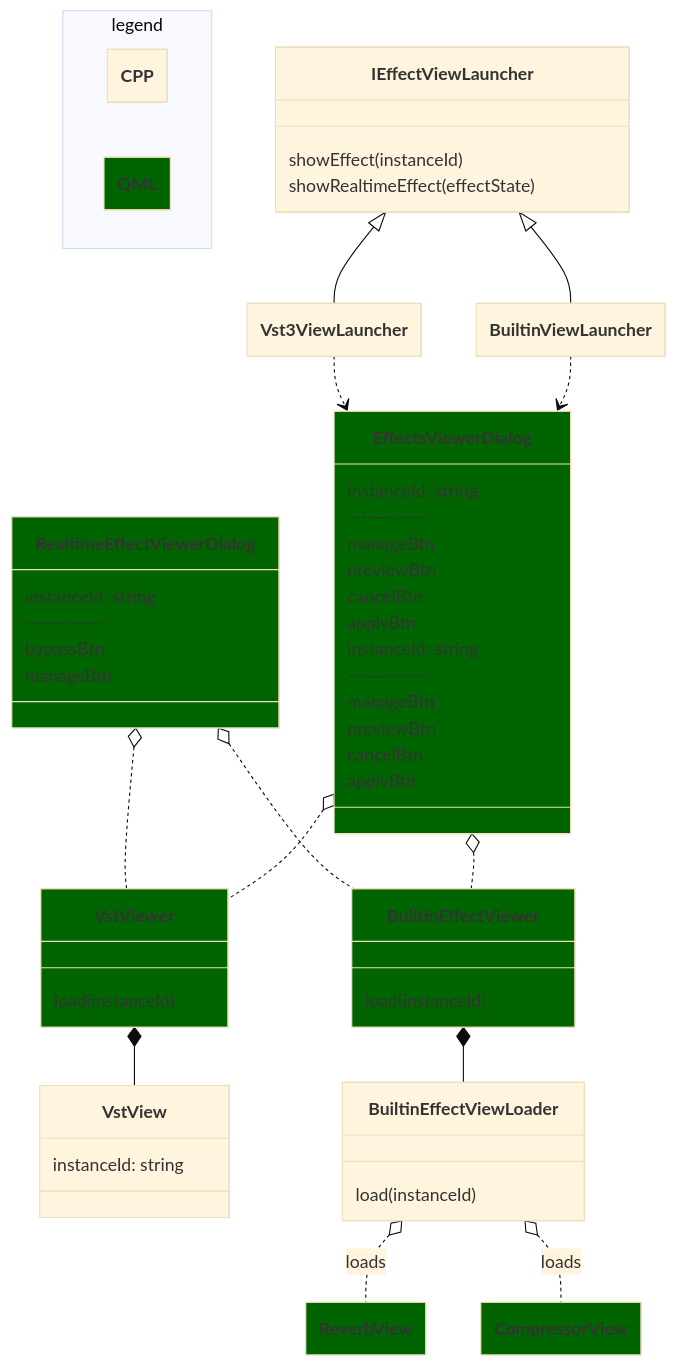
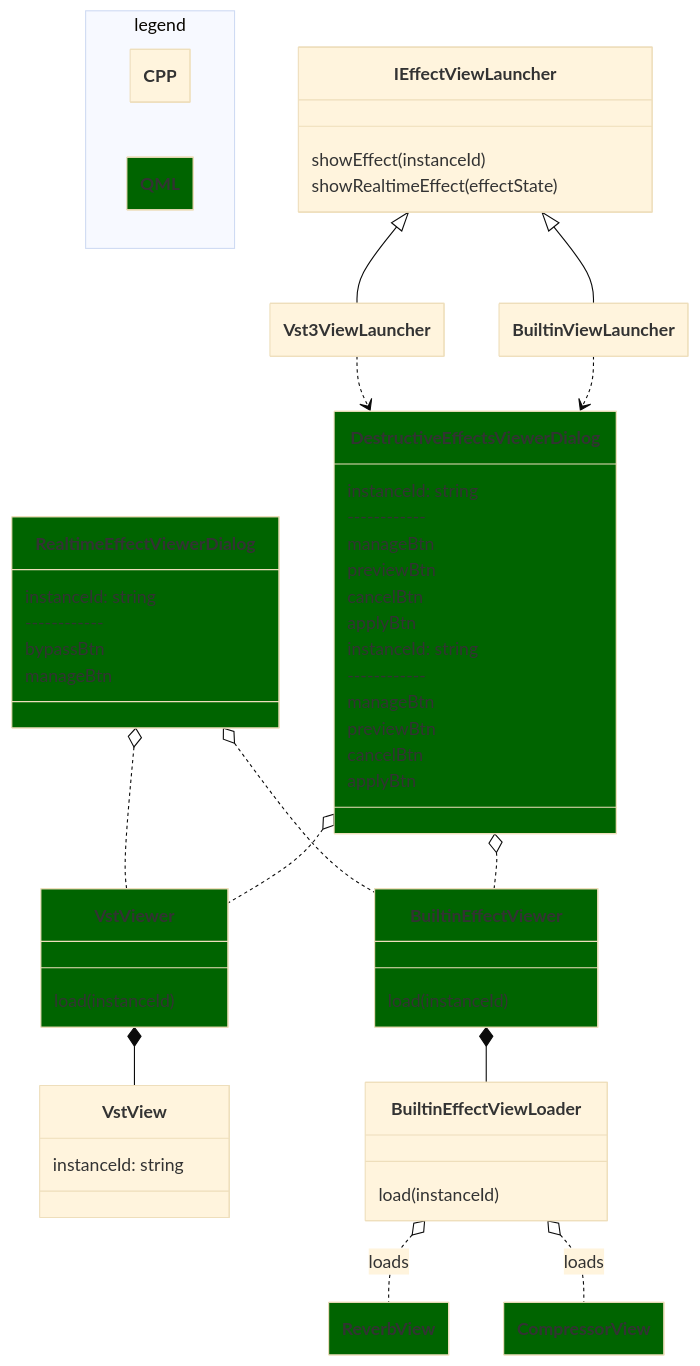
Before and after one commit to audacity/audacity: the diagram in docs/effect-view-architecture.md, drawn with Mermaid (base theme). The commit also changed 9 other files, not shown here.

Commit message:
feat(effect) rename EffectsViewer as DestructiveEffectsViewer in View, ViewModel etc.

````diff
--- a/docs/effect-view-architecture.md
+++ b/docs/effect-view-architecture.md
@@ -1,79 +1,79 @@
 ```mermaid
 ---
   config:
     class:
       hideEmptyMembersBox: true
 ---
 classDiagram
   VstViewer *-- VstView
 
   namespace legend {
     class CPP
     class QML:::qml
   }
 
   class IEffectViewLauncher {
     showEffect(instanceId)
     showRealtimeEffect(effectState)
   }
 
 
   IEffectViewLauncher <|-- Vst3ViewLauncher
   IEffectViewLauncher <|-- BuiltinViewLauncher
 
   RealtimeEffectViewerDialog o.. BuiltinEffectViewer
   RealtimeEffectViewerDialog o.. VstViewer
-  EffectsViewerDialog o.. VstViewer
-  EffectsViewerDialog o.. BuiltinEffectViewer
+  DestructiveEffectsViewerDialog o.. VstViewer
+  DestructiveEffectsViewerDialog o.. BuiltinEffectViewer
   BuiltinEffectViewer *-- BuiltinEffectViewLoader
   BuiltinEffectViewLoader o.. ReverbView: loads
   BuiltinEffectViewLoader o.. CompressorView: loads
-  Vst3ViewLauncher ..> EffectsViewerDialog
-  BuiltinViewLauncher ..> EffectsViewerDialog
+  Vst3ViewLauncher ..> DestructiveEffectsViewerDialog
+  BuiltinViewLauncher ..> DestructiveEffectsViewerDialog
 
   class ReverbView:::qml
   class CompressorView:::qml
 
   class BuiltinEffectViewLoader {
     load(instanceId)
   }
 
-  class EffectsViewerDialog:::qml {
+  class DestructiveEffectsViewerDialog:::qml {
     instanceId: string
     ------------
     manageBtn
     previewBtn
     cancelBtn
     applyBtn
   }
 
-  class EffectsViewerDialog:::qml {
+  class DestructiveEffectsViewerDialog:::qml {
     instanceId: string
     ------------
     manageBtn
     previewBtn
     cancelBtn
     applyBtn
   }
 
   class RealtimeEffectViewerDialog:::qml {
     instanceId: string
     ------------
     bypassBtn
     manageBtn
   }
 
   class BuiltinEffectViewer:::qml {
     load(instanceId)
   }
 
   class VstViewer:::qml {
     load(instanceId)
   }
 
   class VstView {
     instanceId: string
   }
 
   classDef qml fill:darkgreen
 ```
````
